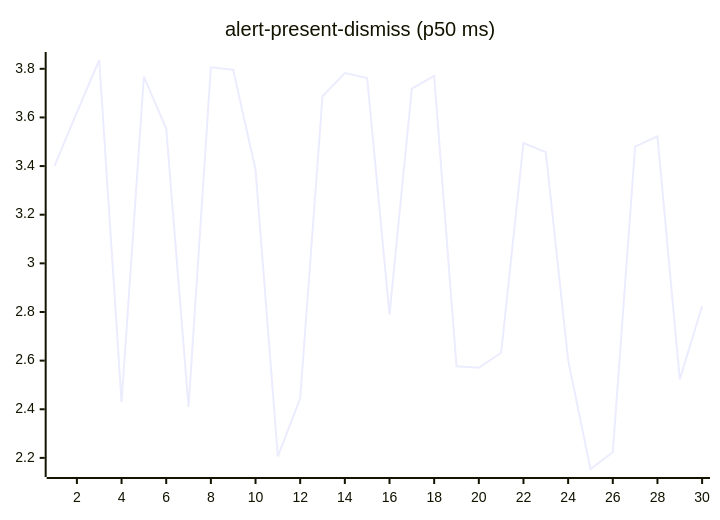
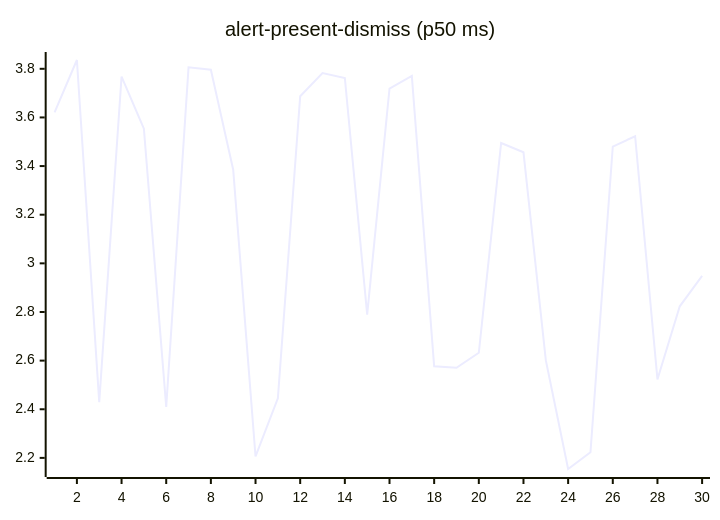
One commit to josha/Facet changed the second of 27 diagrams in README.md. Above: the diagram before and after it, drawn with Mermaid. The commit also changed other lines of this file and 2 other files, not shown here.

````diff
--- a/README.md
+++ b/README.md
@@ -70,6 +70,6 @@
 ```mermaid
 xychart-beta
     title "alert-present-dismiss (p50 ms)"
     x-axis 1 --> 30
-    line [3.4008, 3.6212, 3.8362, 2.4288, 3.7676, 3.5538, 2.4095, 3.8060, 3.7961, 3.3851, 2.2058, 2.4450, 3.6869, 3.7826, 3.7621, 2.7891, 3.7187, 3.7708, 2.5766, 2.5704, 2.6324, 3.4949, 3.4566, 2.6019, 2.1543, 2.2230, 3.4803, 3.5227, 2.5229, 2.8233]
+    line [3.6212, 3.8362, 2.4288, 3.7676, 3.5538, 2.4095, 3.8060, 3.7961, 3.3851, 2.2058, 2.4450, 3.6869, 3.7826, 3.7621, 2.7891, 3.7187, 3.7708, 2.5766, 2.5704, 2.6324, 3.4949, 3.4566, 2.6019, 2.1543, 2.2230, 3.4803, 3.5227, 2.5229, 2.8233, 2.9484]
 ```
````
